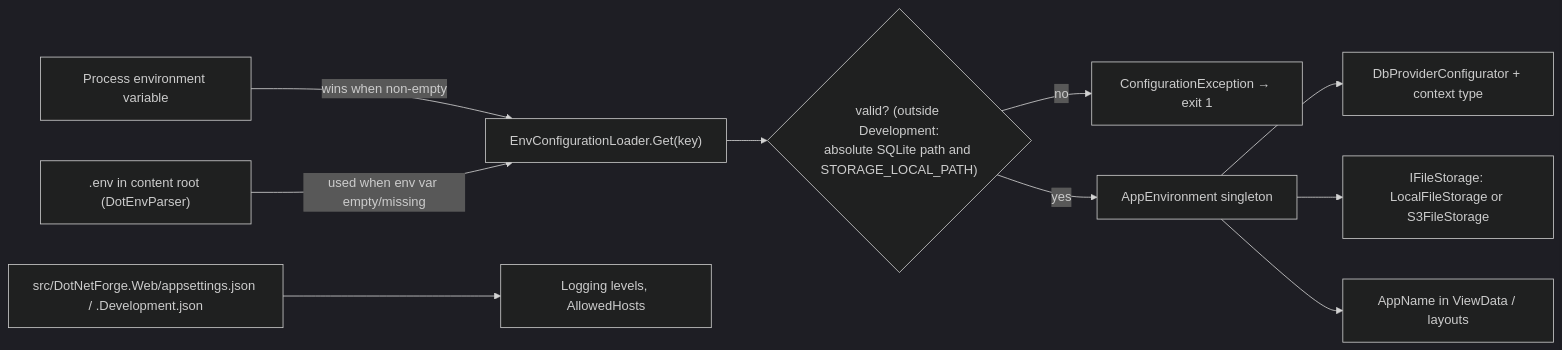
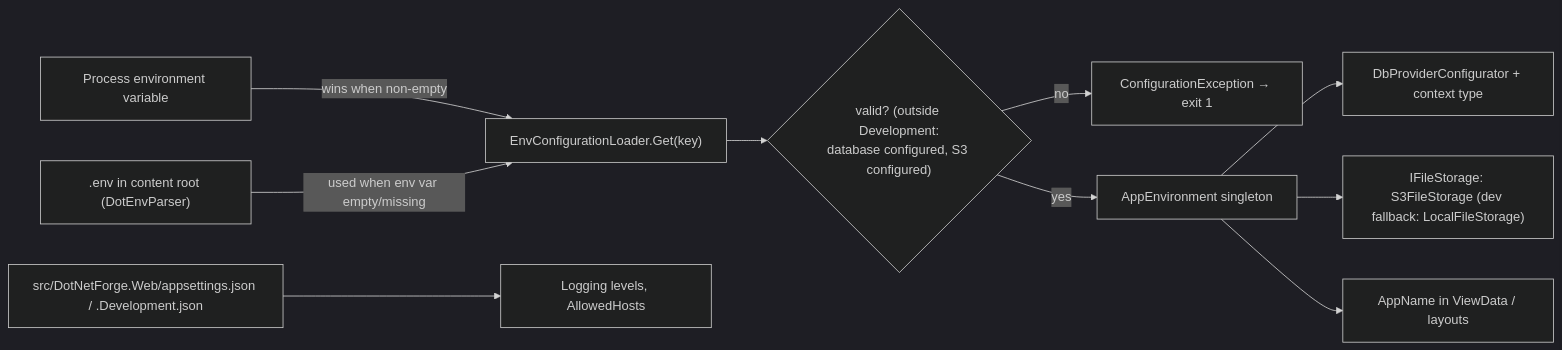
Before and after one commit to Albadit/DotNetForge: diagram 12 of 12 in .docs/architecture/data-flow.md, drawn with Mermaid (dark theme). The commit also changed other lines of this file and 16 other files, not shown here.

````diff
--- a/.docs/architecture/data-flow.md
+++ b/.docs/architecture/data-flow.md
@@ -412,12 +411,12 @@
 ```mermaid
 flowchart LR
     EnvVar["Process environment variable"] -- "wins when non-empty" --> Get["EnvConfigurationLoader.Get(key)"]
     File[".env in content root (DotEnvParser)"] -- "used when env var empty/missing" --> Get
-    Get --> Validate{"valid? (outside Development:<br/>absolute SQLite path and STORAGE_LOCAL_PATH)"}
+    Get --> Validate{"valid? (outside Development:<br/>database configured, S3 configured)"}
     Validate -- no --> Ex["ConfigurationException → exit 1"]
     Validate -- yes --> AE["AppEnvironment singleton"]
     AE --> DbCfg["DbProviderConfigurator + context type"]
-    AE --> Storage["IFileStorage: LocalFileStorage or S3FileStorage"]
+    AE --> Storage["IFileStorage: S3FileStorage (dev fallback: LocalFileStorage)"]
     AE --> Views["AppName in ViewData / layouts"]
     AppSettings["src/DotNetForge.Web/appsettings.json / .Development.json"] --> Logging["Logging levels, AllowedHosts"]
 ```
````
